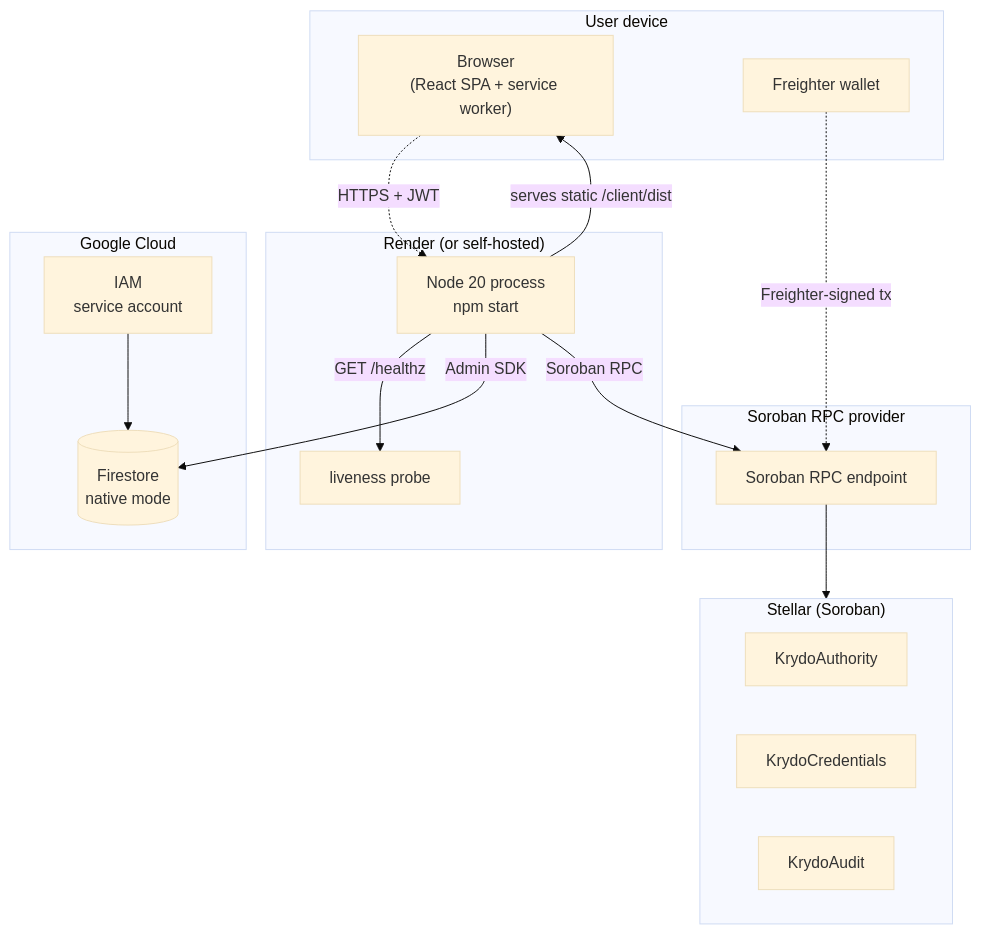
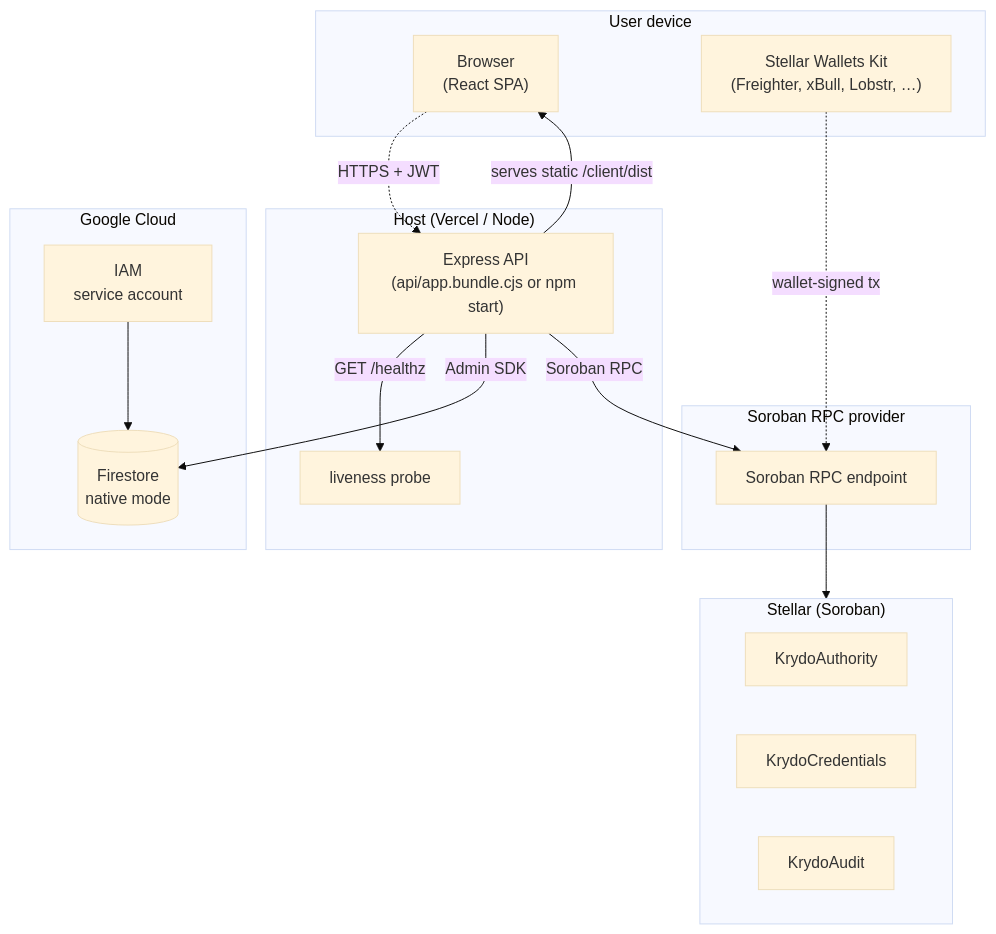
One commit to nishant-uxs/krydo-stellar changed diagram 24 of 26 in DOCUMENTATION.md. Above: the diagram before and after it, drawn with Mermaid (base theme). The commit also changed other lines of this file and 2 other files, not shown here.

Commit message:
Align README and docs with wallet-signed Soroban flows.

````diff
--- a/DOCUMENTATION.md
+++ b/DOCUMENTATION.md
@@ -841,31 +847,31 @@
 ```mermaid
 flowchart TB
     subgraph CLIENT["User device"]
-        BROW["Browser<br/>(React SPA + service worker)"]
-        MM["Freighter wallet"]
+        BROW["Browser<br/>(React SPA)"]
+        MM["Stellar Wallets Kit<br/>(Freighter, xBull, Lobstr, …)"]
     end
-    subgraph RENDER["Render (or self-hosted)"]
-        APP["Node 20 process<br/>npm start"]
+    subgraph HOST["Host (Vercel / Node)"]
+        APP["Express API<br/>(api/app.bundle.cjs or npm start)"]
         APP -- "serves static /client/dist" --> BROW
         APP -- "GET /healthz" --> HC["liveness probe"]
     end
     subgraph GCP["Google Cloud"]
         FS[("Firestore<br/>native mode")]
         IAM["IAM<br/>service account"]
     end
     subgraph RPCP["Soroban RPC provider"]
         RPC["Soroban RPC endpoint"]
     end
     subgraph SEP["Stellar (Soroban)"]
         KA["KrydoAuthority"]
         KC["KrydoCredentials"]
         KAU["KrydoAudit"]
     end
 
     BROW -. "HTTPS + JWT" .-> APP
-    MM -. "Freighter-signed tx" .-> RPC
+    MM -. "wallet-signed tx" .-> RPC
     APP -- "Admin SDK" --> FS
     APP -- "Soroban RPC" --> RPC
     RPC --> SEP
     IAM --> FS
 ```
````
